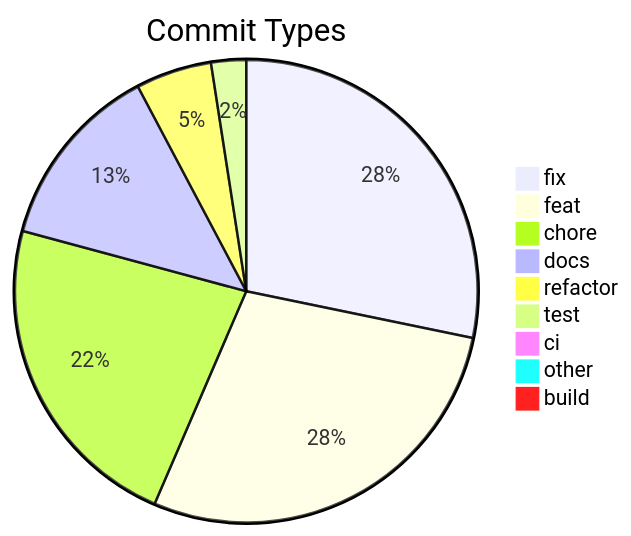
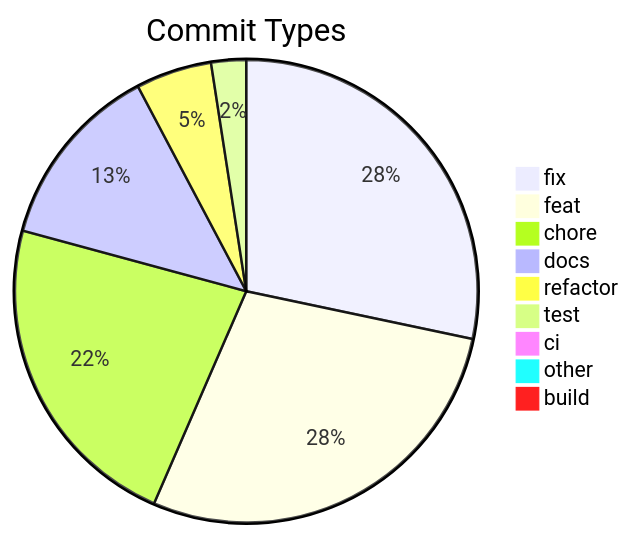
The diagram in .shipwright/compliance/change-history.md (svenroth-ai/shipwright), drawn with Mermaid before and after one commit. The commit also changed other lines of this file and 29 other files, not shown here.

````diff
--- a/.shipwright/compliance/change-history.md
+++ b/.shipwright/compliance/change-history.md
@@ -8,12 +8,12 @@
 ```mermaid
 pie title Commit Types
-    "fix" : 266
+    "fix" : 267
     "feat" : 266
     "chore" : 214
     "docs" : 123
     "refactor" : 50
     "test" : 23
     "ci" : 7
     "other" : 7
     "build" : 1
 ```
````
